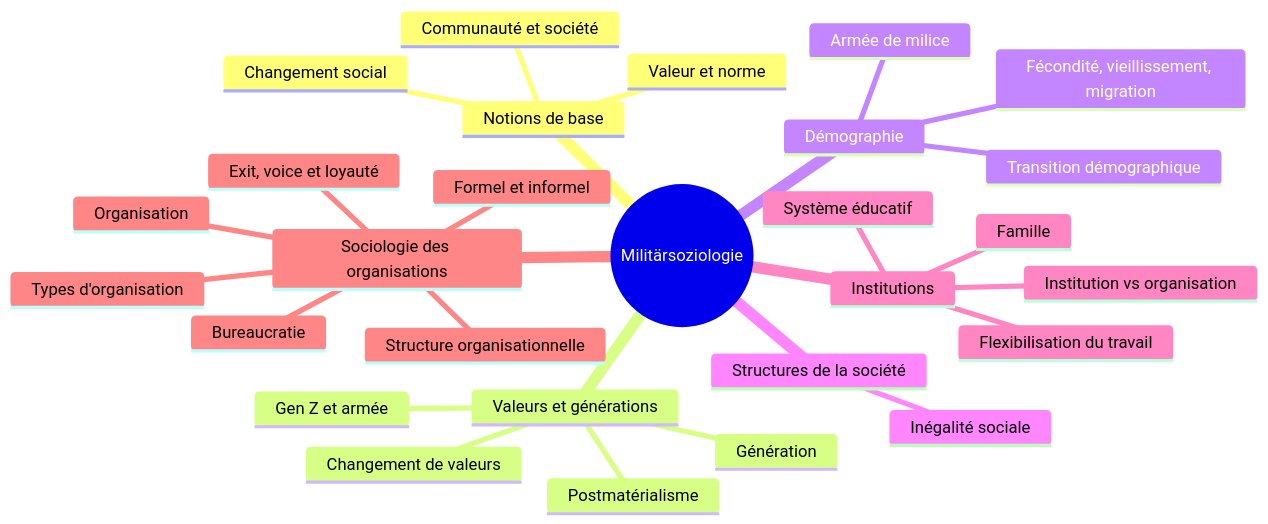
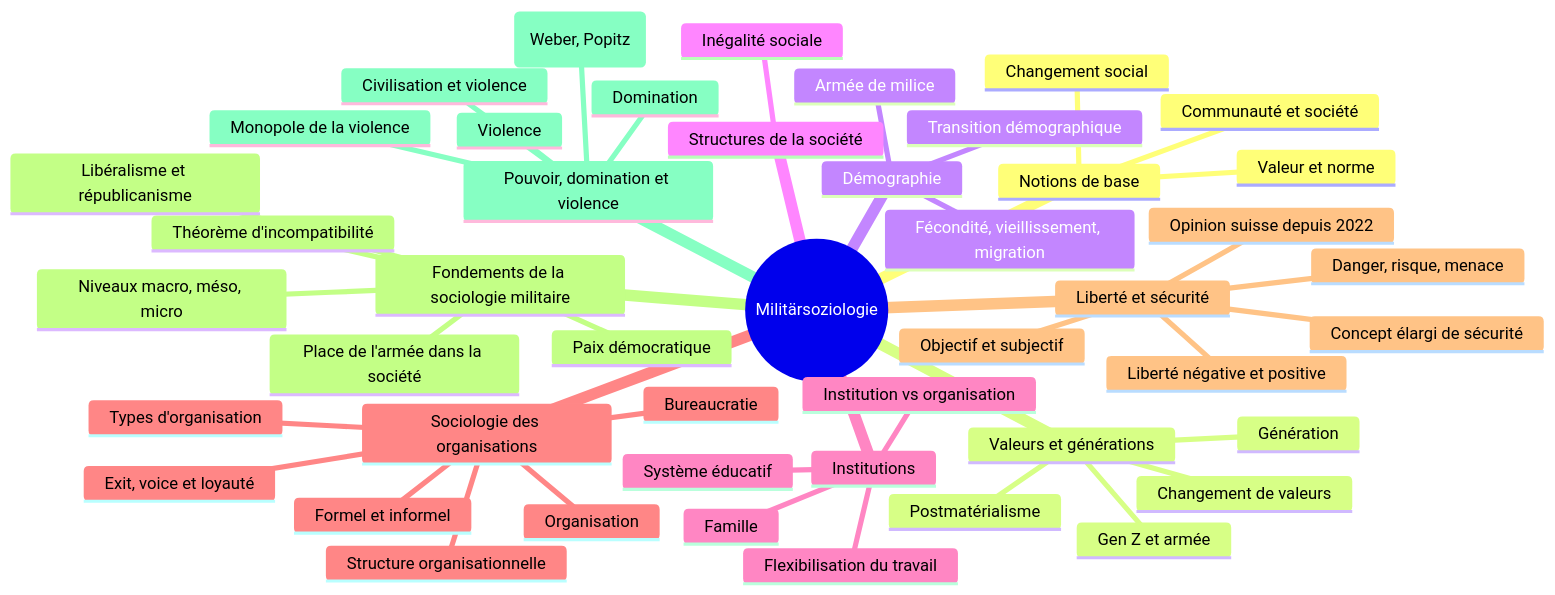
The diagram in NEXUS/09-Learning/Course-Maps/HS26 - Militärsoziologie.md (aidraxowl/NEXUS), drawn with Mermaid before and after one commit. The commit also changed other lines of this file and 241 other files, not shown here.

````diff
--- a/NEXUS/09-Learning/Course-Maps/HS26 - Militärsoziologie.md
+++ b/NEXUS/09-Learning/Course-Maps/HS26 - Militärsoziologie.md
@@ -21,31 +21,49 @@
 ```mermaid
 mindmap
   root((Militärsoziologie))
     Notions de base
       Valeur et norme
       Changement social
       Communauté et société
     Valeurs et générations
       Changement de valeurs
       Postmatérialisme
       Génération
       Gen Z et armée
     Démographie
       Transition démographique
       Fécondité, vieillissement, migration
       Armée de milice
     Structures de la société
       Inégalité sociale
     Institutions
       Institution vs organisation
       Famille
       Système éducatif
       Flexibilisation du travail
     Sociologie des organisations
       Organisation
       Types d'organisation
       Structure organisationnelle
       Bureaucratie
       Formel et informel
       Exit, voice et loyauté
+    Liberté et sécurité
+      Objectif et subjectif
+      Danger, risque, menace
+      Concept élargi de sécurité
+      Liberté négative et positive
+      Opinion suisse depuis 2022
+    Fondements de la sociologie militaire
+      Niveaux macro, méso, micro
+      Place de l'armée dans la société
+      Paix démocratique
+      Théorème d'incompatibilité
+      Libéralisme et républicanisme
+    Pouvoir, domination et violence
+      Pouvoir (Weber, Popitz)
+      Domination
+      Violence
+      Monopole de la violence
+      Civilisation et violence
 ```
````
